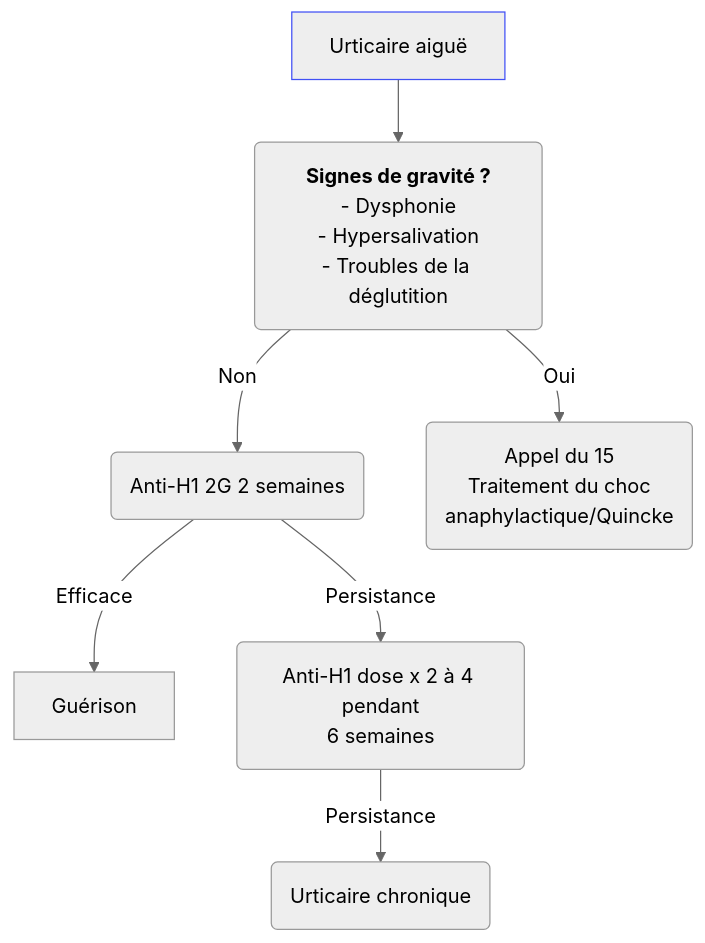
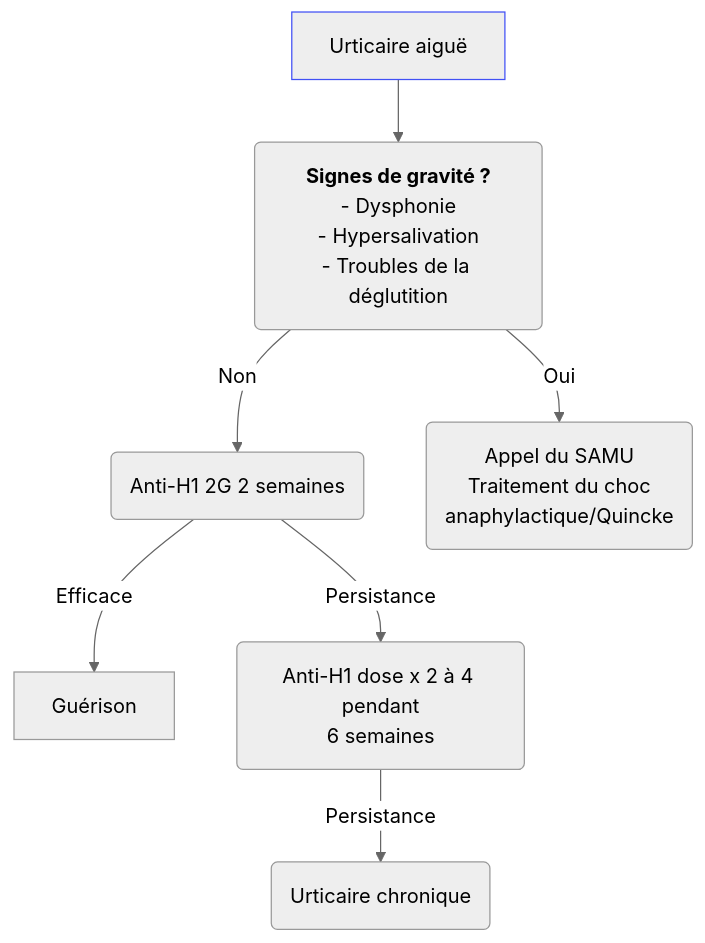
One commit to djibe/recommandations-medicales changed the first of 2 diagrams in content/recommandations/urticaire.md. Above: the diagram before and after it, drawn with Mermaid (neutral theme). The commit also changed 35 other files, not shown here.

```diff
--- a/content/recommandations/urticaire.md
+++ b/content/recommandations/urticaire.md
@@ -411,9 +411,9 @@
 {{< mermaid title="Conduite à tenir et prise en charge d'une urticaire aiguë. Dr JB Fron d'après CEILF 2011" >}}
 graph TB
   UA[Urticaire aiguë] --> gravite("<b>Signes de gravité ?</b><br>- Dysphonie<br>- Hypersalivation<br>- Troubles de la déglutition")
   style UA stroke:#4150f5, stroke-width:1px
     gravite -- Non --> tttUA(Anti-H1 2G 2 semaines)
       tttUA -- Efficace --> Guérison
       tttUA -- Persistance --> prolongation("Anti-H1 dose x 2 à 4 pendant<br>6 semaines") -- Persistance --> UC(Urticaire chronique)
-    gravite -- Oui --> urgence("Appel du 15<br>Traitement du choc<br>anaphylactique/Quincke")
+    gravite -- Oui --> urgence("Appel du SAMU<br>Traitement du choc<br>anaphylactique/Quincke")
 {{< /mermaid >}}
```
